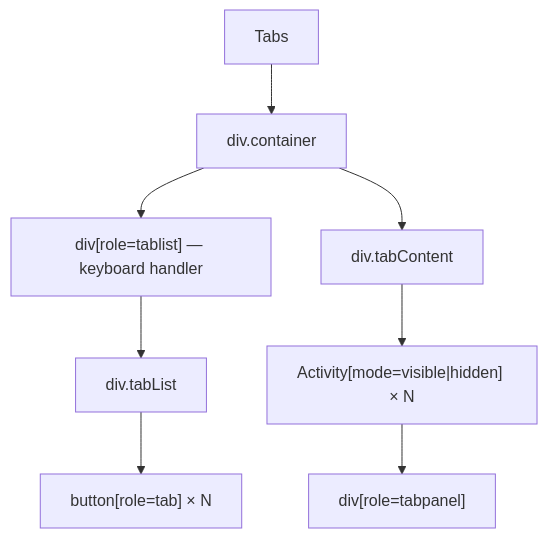
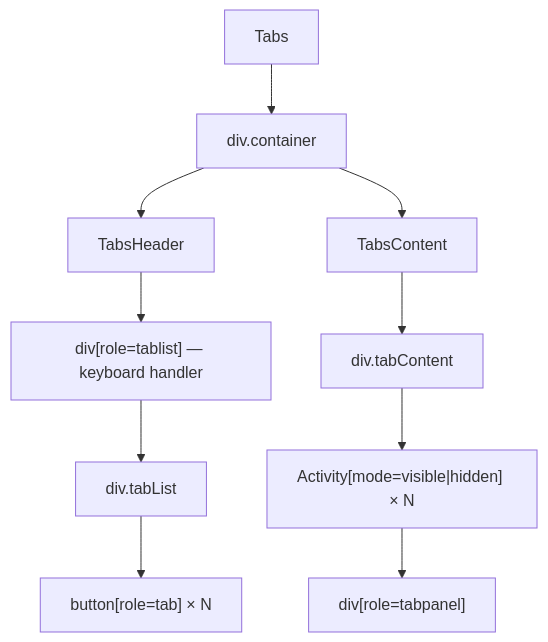
Before and after one commit to luciocabrera/lcabrera-stack: the second of 2 diagrams in packages/ui/src/components/Tabs/ARCHITECTURE.md, drawn with Mermaid. The commit also changed other lines of this file and 117 other files, not shown here.

````diff
--- a/packages/ui/src/components/Tabs/ARCHITECTURE.md
+++ b/packages/ui/src/components/Tabs/ARCHITECTURE.md
@@ -27,10 +44,12 @@
 ```mermaid
 graph TD
   Tabs --> Container["div.container"]
-  Container --> TabList["div[role=tablist] — keyboard handler"]
-  Container --> TabContent["div.tabContent"]
+  Container --> TabsHeader
+  Container --> TabsContent
+  TabsHeader --> TabList["div[role=tablist] — keyboard handler"]
   TabList --> TabListInner["div.tabList"]
   TabListInner --> TabBtn["button[role=tab] × N"]
-  TabContent --> Activity_N["Activity[mode=visible|hidden] × N"]
+  TabsContent --> ContentWrap["div.tabContent"]
+  ContentWrap --> Activity_N["Activity[mode=visible|hidden] × N"]
   Activity_N --> Panel["div[role=tabpanel]"]
 ```
````
